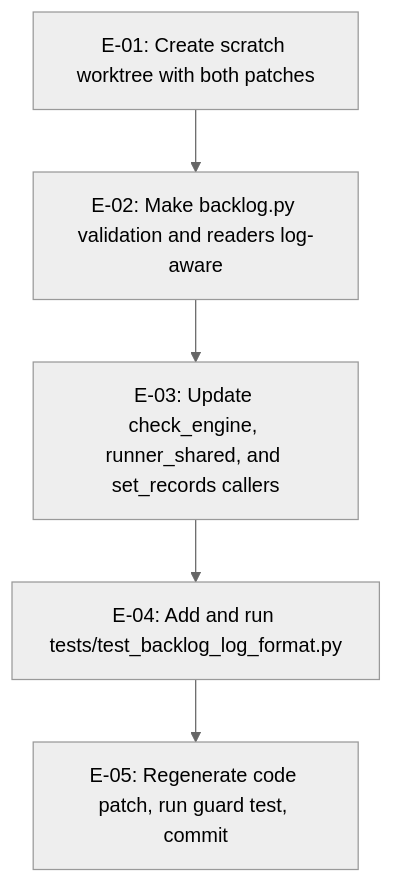
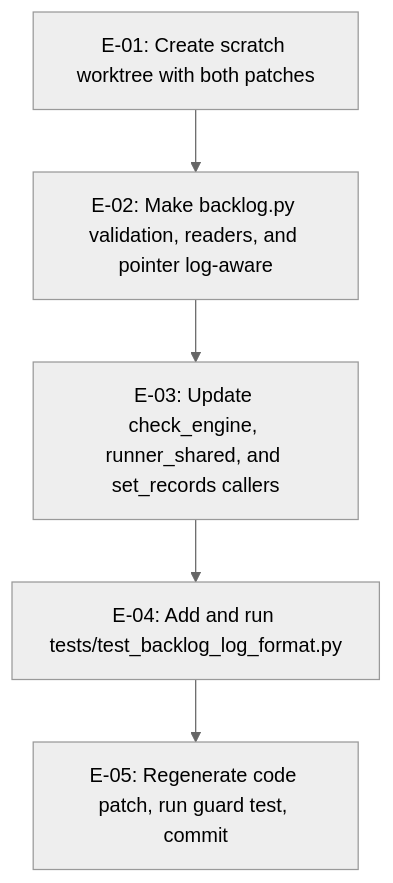
The diagram in .aw/records/plans/pending/20261125-metastore-314-fljn9b-make-backlog-validation-and-readers-log-aware-in-the-cutover.ipd.md (fariello/agent-workflows), drawn with Mermaid (neutral theme) before and after one commit. The commit also changed other lines of this file, not shown here.

````diff
--- a/.aw/records/plans/pending/20261125-metastore-314-fljn9b-make-backlog-validation-and-readers-log-aware-in-the-cutover.ipd.md
+++ b/.aw/records/plans/pending/20261125-metastore-314-fljn9b-make-backlog-validation-and-readers-log-aware-in-the-cutover.ipd.md
@@ -108,7 +117,7 @@
 ```mermaid
 flowchart TD
-    E01["E-01: Create scratch worktree with both patches"] --> E02["E-02: Make backlog.py validation and readers log-aware"]
+    E01["E-01: Create scratch worktree with both patches"] --> E02["E-02: Make backlog.py validation, readers, and pointer log-aware"]
     E02 --> E03["E-03: Update check_engine, runner_shared, and set_records callers"]
     E03 --> E04["E-04: Add and run tests/test_backlog_log_format.py"]
     E04 --> E05["E-05: Regenerate code patch, run guard test, commit"]
 ```
````
